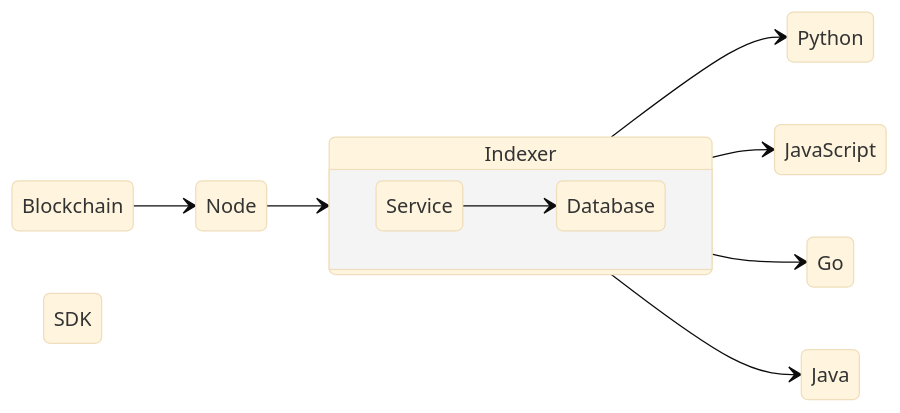
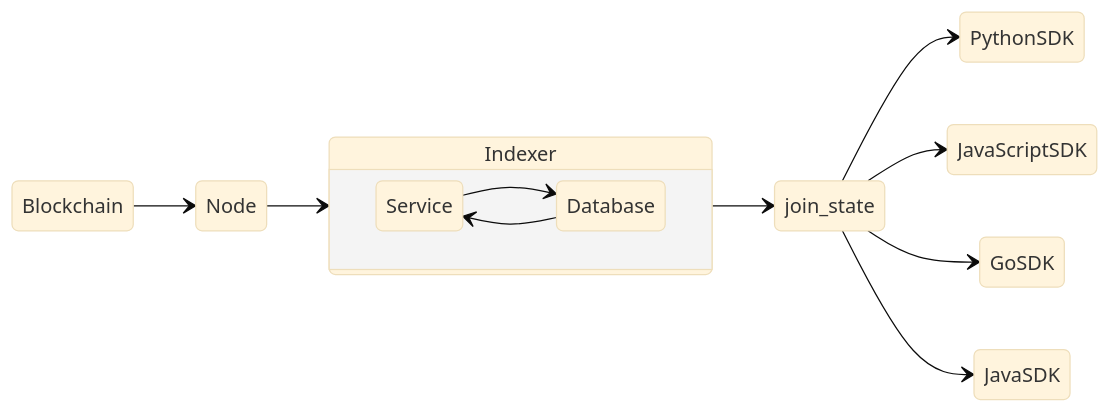
Before and after one commit to block-foundation/docker-algorand-node: the diagram in README.md, drawn with Mermaid (base theme).

````diff
--- a/README.md
+++ b/README.md
@@ -24,14 +24,16 @@
 ``` mermaid
 stateDiagram
     direction LR
     Blockchain --> Node
     Node --> Indexer
     state Indexer {
       direction LR
       Service --> Database
+      Database --> Service
     }
-    Indexer --> Python SDK
-    Indexer --> JavaScript SDK
-    Indexer --> Go SDK
-    Indexer --> Java SDK
+    Indexer --> join_state
+    join_state --> PythonSDK
+    join_state --> JavaScriptSDK
+    join_state --> GoSDK
+    join_state --> JavaSDK
 ```
````
